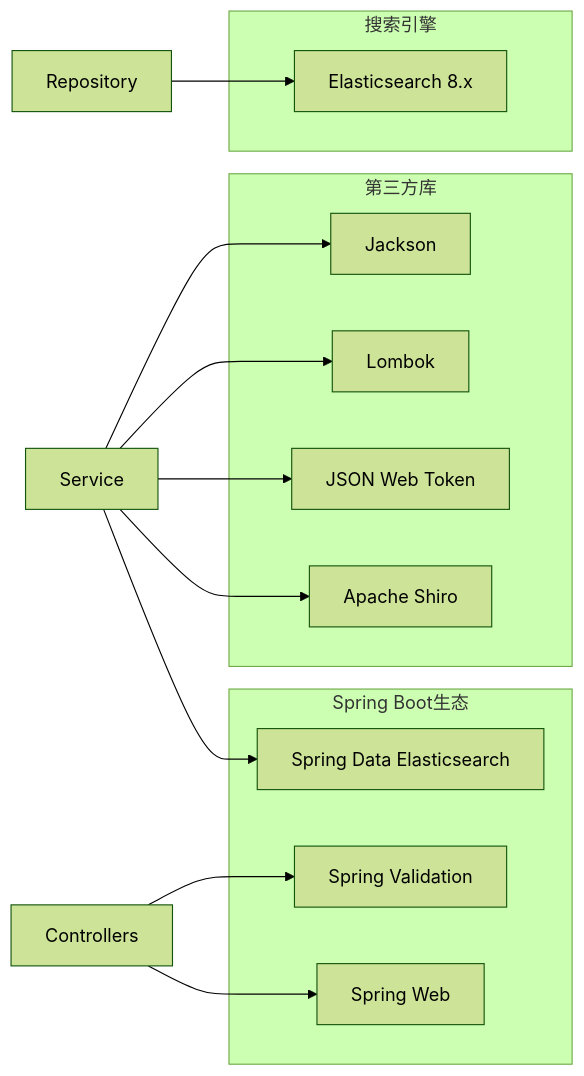
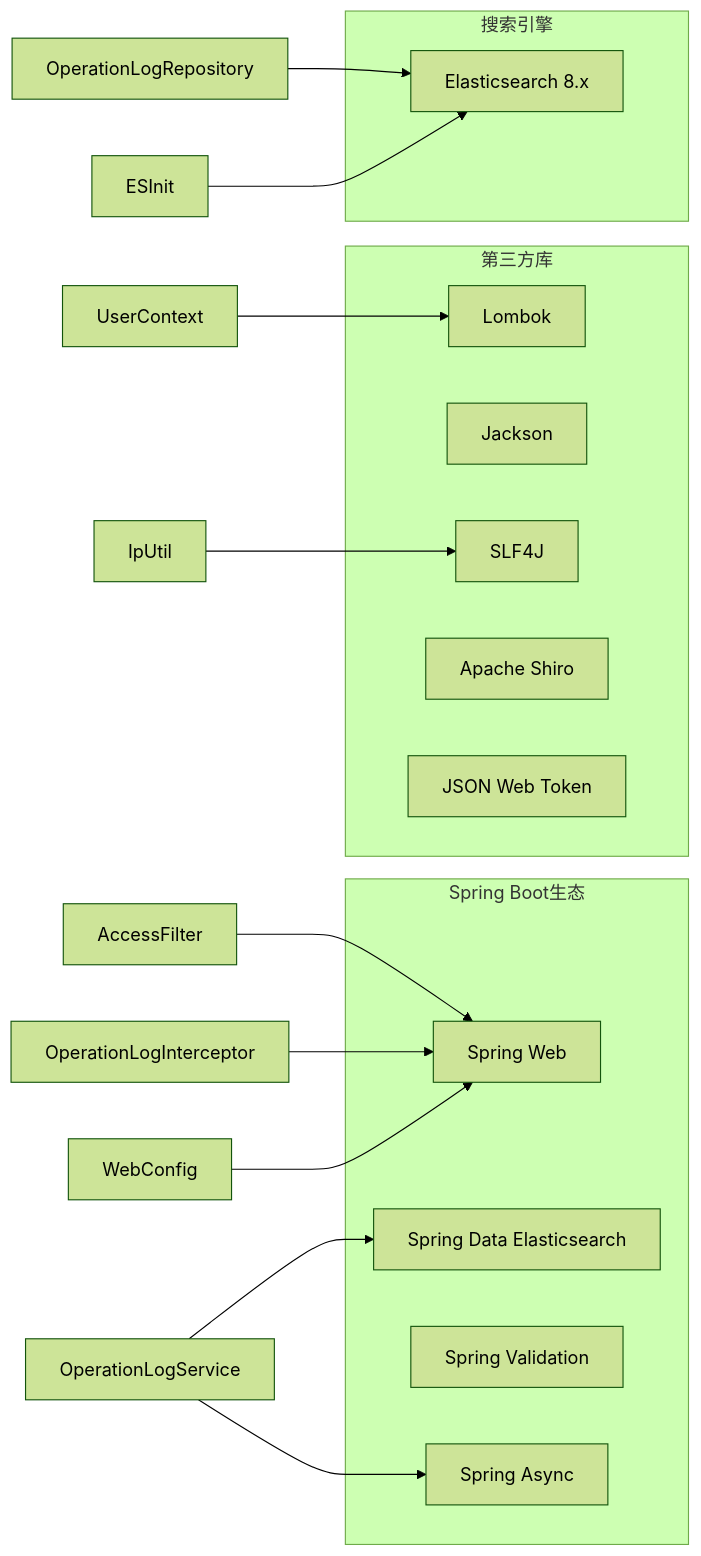
One commit to 20164206160/zhishilu changed diagram 11 of 11 in .qoder/repowiki/zh/content/操作日志系统/操作日志系统.md. Above: the diagram before and after it, drawn with Mermaid (forest theme). The commit also changed other lines of this file and 28 other files, not shown here.

````diff
--- a/.qoder/repowiki/zh/content/操作日志系统/操作日志系统.md
+++ b/.qoder/repowiki/zh/content/操作日志系统/操作日志系统.md
@@ -353,25 +436,28 @@
 ```mermaid
 graph LR
 subgraph "Spring Boot生态"
 SpringWeb[Spring Web]
 SpringDataES[Spring Data Elasticsearch]
 SpringValidation[Spring Validation]
+SpringAsync[Spring Async]
 end
 subgraph "第三方库"
-Shiro[Apache Shiro]
-JWT[JSON Web Token]
 Lombok[Lombok]
 Jackson[Jackson]
+SLF4J[SLF4J]
+ApacheShiro[Apache Shiro]
+JWT[JSON Web Token]
 end
 subgraph "搜索引擎"
 ES[Elasticsearch 8.x]
 end
-Controllers --> SpringWeb
-Service --> SpringDataES
-Controllers --> SpringValidation
-Service --> Shiro
-Service --> JWT
-Service --> Lombok
-Service --> Jackson
-Repository --> ES
+AccessFilter --> SpringWeb
+OperationLogInterceptor --> SpringWeb
+OperationLogService --> SpringAsync
+OperationLogService --> SpringDataES
+OperationLogRepository --> ES
+WebConfig --> SpringWeb
+ESInit --> ES
+UserContext --> Lombok
+IpUtil --> SLF4J
 ```
````
